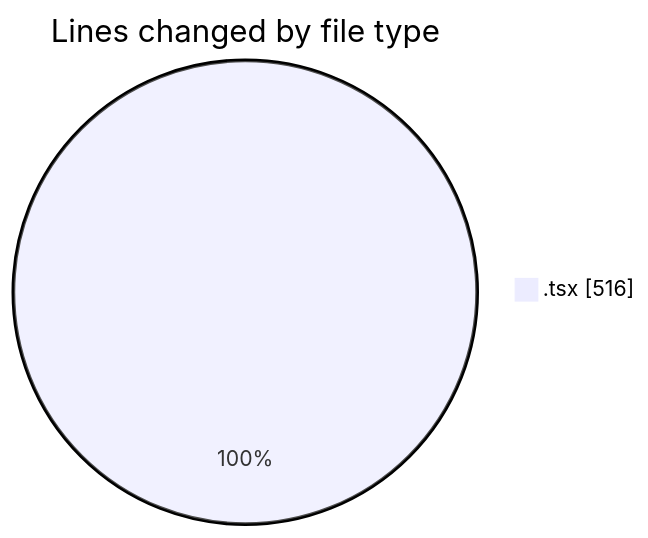
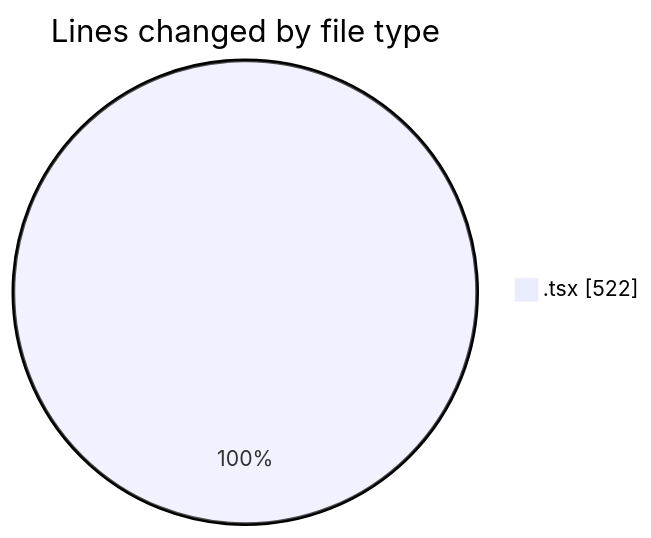
One commit to lephambinh05/code-tracking changed the first of 2 diagrams in 2025-08-20/napxuvn/README.md. Above: the diagram before and after it, drawn with Mermaid. The commit also changed other lines of this file and 1 other file, not shown here.

````diff
--- a/2025-08-20/napxuvn/README.md
+++ b/2025-08-20/napxuvn/README.md
@@ -30,5 +30,5 @@
 ```mermaid
 pie showData
 title Lines changed by file type
-".tsx" : 516
+".tsx" : 522
 ```
````
